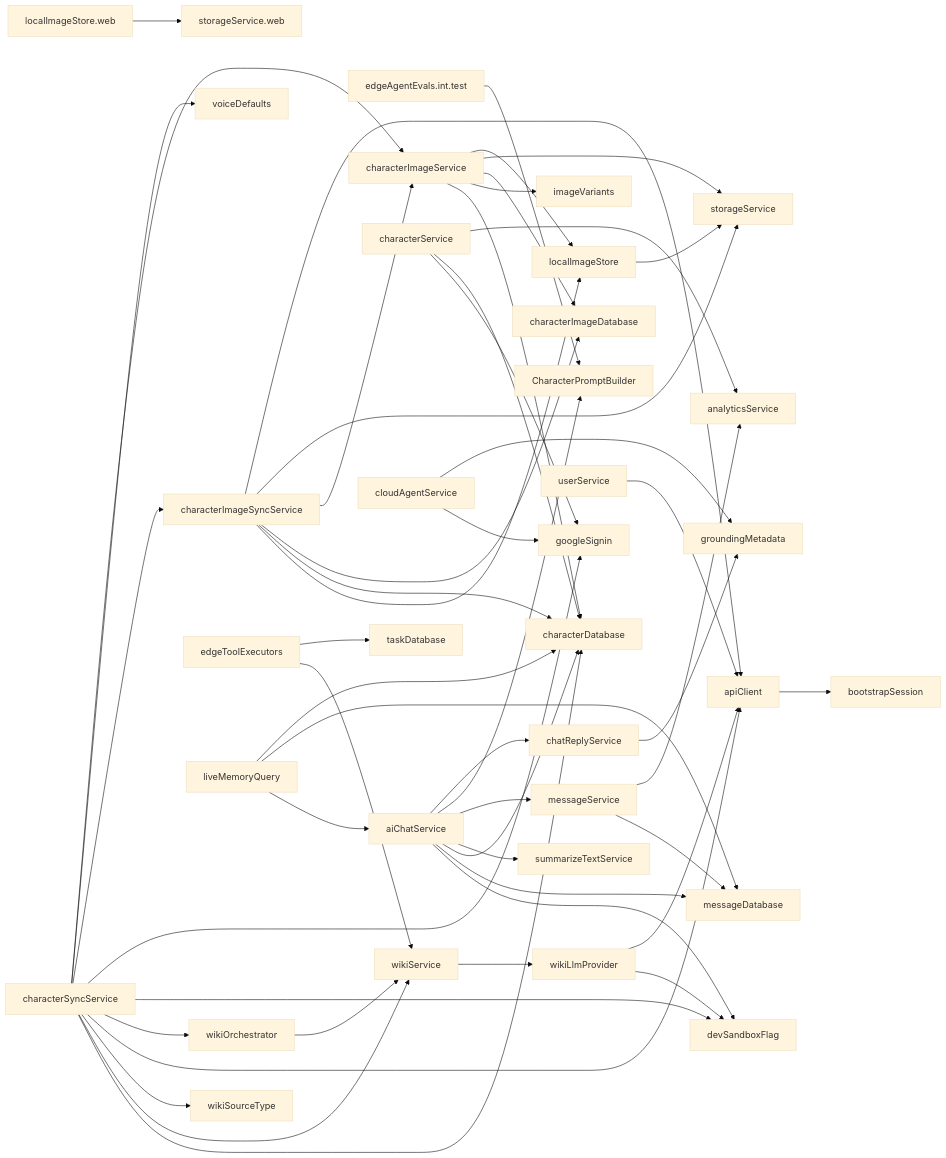
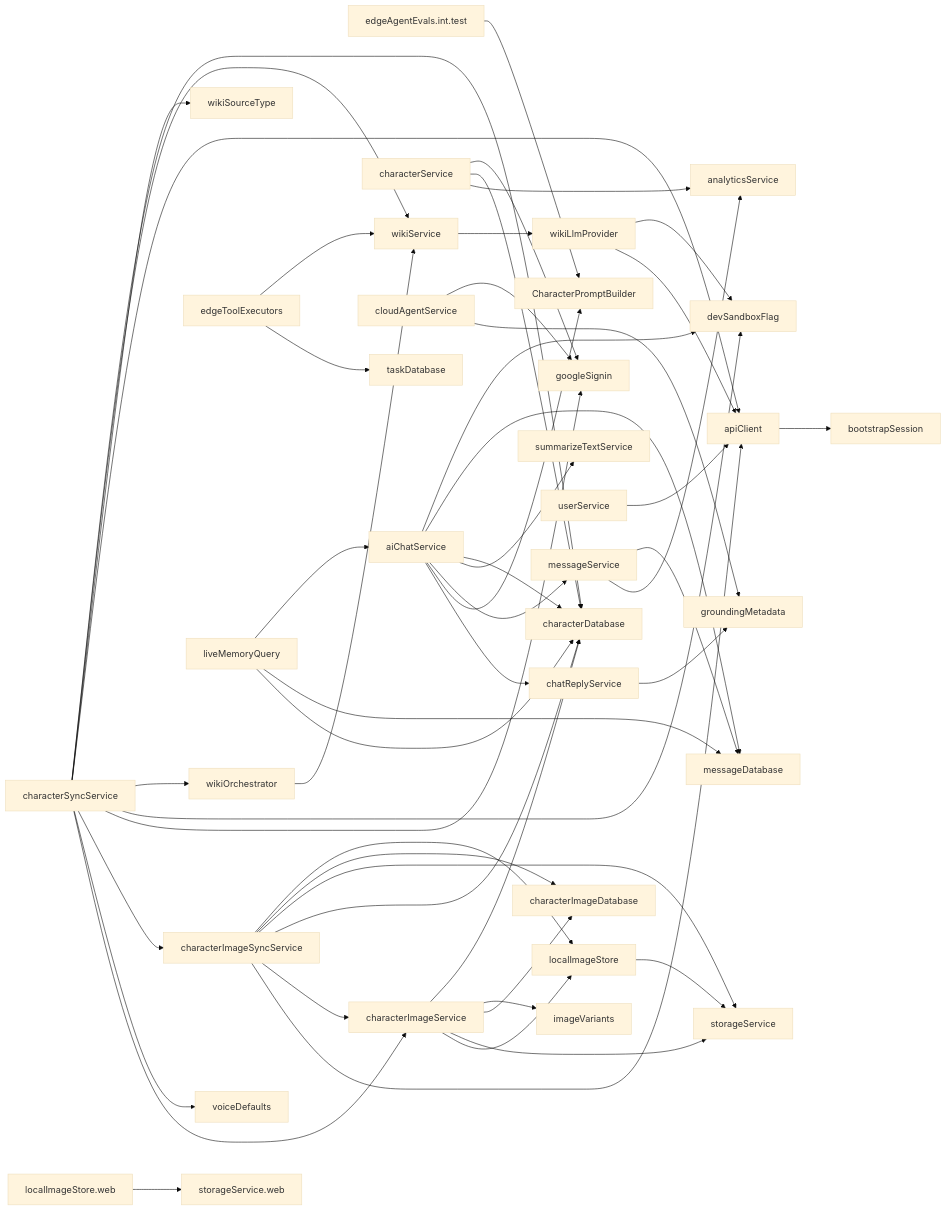
The diagram in docs/flowcharts/SERVICES.md (equationalapplications/clanker), drawn with Mermaid (base theme) before and after one commit. The commit also changed other lines of this file, not shown here.

First line of the commit message:
docs: regenerate architecture flowcharts

````diff
--- a/docs/flowcharts/SERVICES.md
+++ b/docs/flowcharts/SERVICES.md
@@ -4,53 +4,53 @@
 ```mermaid
 graph LR
   edgeAgentEvals.int.test --> CharacterPromptBuilder
   aiChatService --> devSandboxFlag
   aiChatService --> messageDatabase
   aiChatService --> characterDatabase
   aiChatService --> summarizeTextService
   aiChatService --> messageService
   aiChatService --> CharacterPromptBuilder
   aiChatService --> chatReplyService
   apiClient --> bootstrapSession
   characterImageService --> characterDatabase
   characterImageService --> imageVariants
   characterImageService --> characterImageDatabase
   characterImageService --> storageService
   characterImageService --> localImageStore
   characterImageSyncService --> localImageStore
+  characterImageSyncService --> characterImageDatabase
+  characterImageSyncService --> storageService
   characterImageSyncService --> characterDatabase
-  characterImageSyncService --> characterImageDatabase
   characterImageSyncService --> characterImageService
-  characterImageSyncService --> storageService
   characterImageSyncService --> apiClient
   characterService --> googleSignin
   characterService --> characterDatabase
   characterService --> analyticsService
   characterSyncService --> characterDatabase
   characterSyncService --> wikiService
   characterSyncService --> wikiSourceType
   characterSyncService --> apiClient
   characterSyncService --> wikiOrchestrator
   characterSyncService --> devSandboxFlag
   characterSyncService --> googleSignin
   characterSyncService --> characterImageSyncService
   characterSyncService --> voiceDefaults
   characterSyncService --> characterImageService
   chatReplyService --> groundingMetadata
   cloudAgentService --> googleSignin
   cloudAgentService --> groundingMetadata
   edgeToolExecutors --> wikiService
   edgeToolExecutors --> taskDatabase
   liveMemoryQuery --> aiChatService
   liveMemoryQuery --> messageDatabase
   liveMemoryQuery --> characterDatabase
   localImageStore --> storageService
   localImageStore.web --> storageService.web
   messageService --> messageDatabase
   messageService --> analyticsService
   userService --> apiClient
   wikiLlmProvider --> devSandboxFlag
   wikiLlmProvider --> apiClient
   wikiOrchestrator --> wikiService
   wikiService --> wikiLlmProvider
 ```
````
